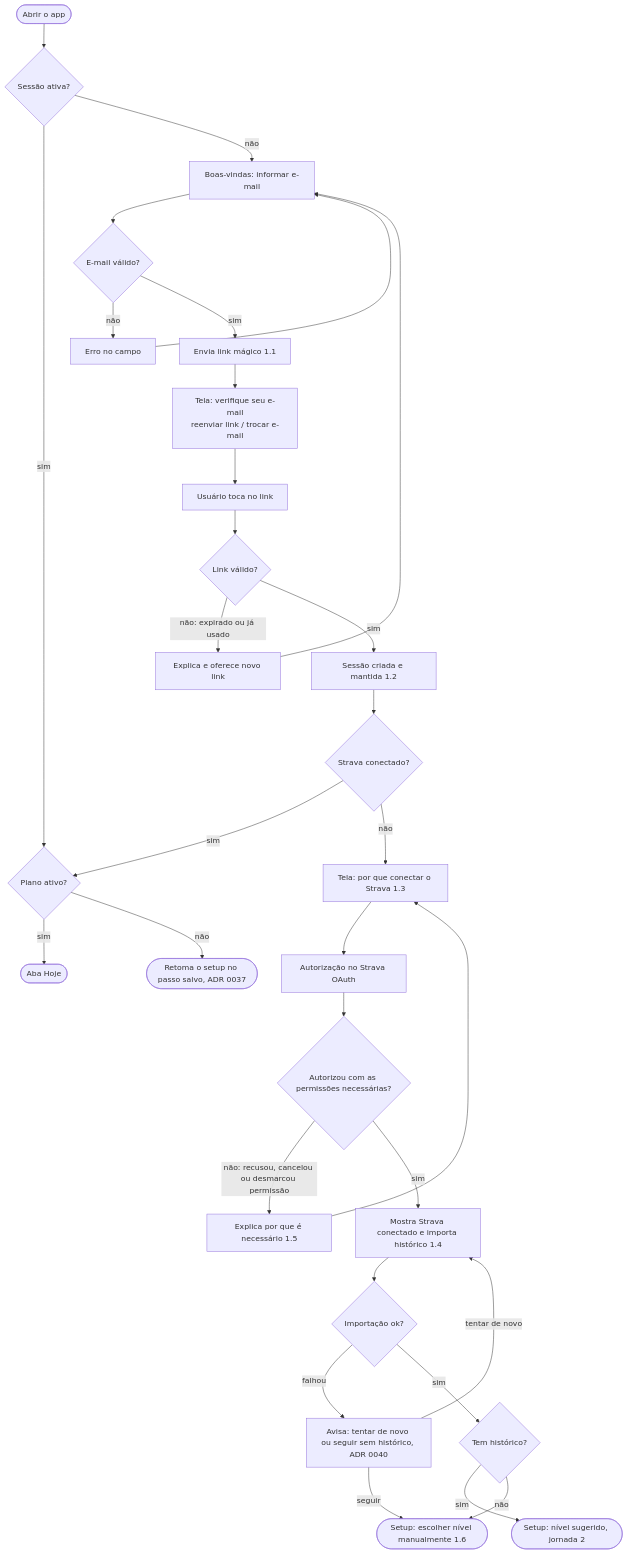
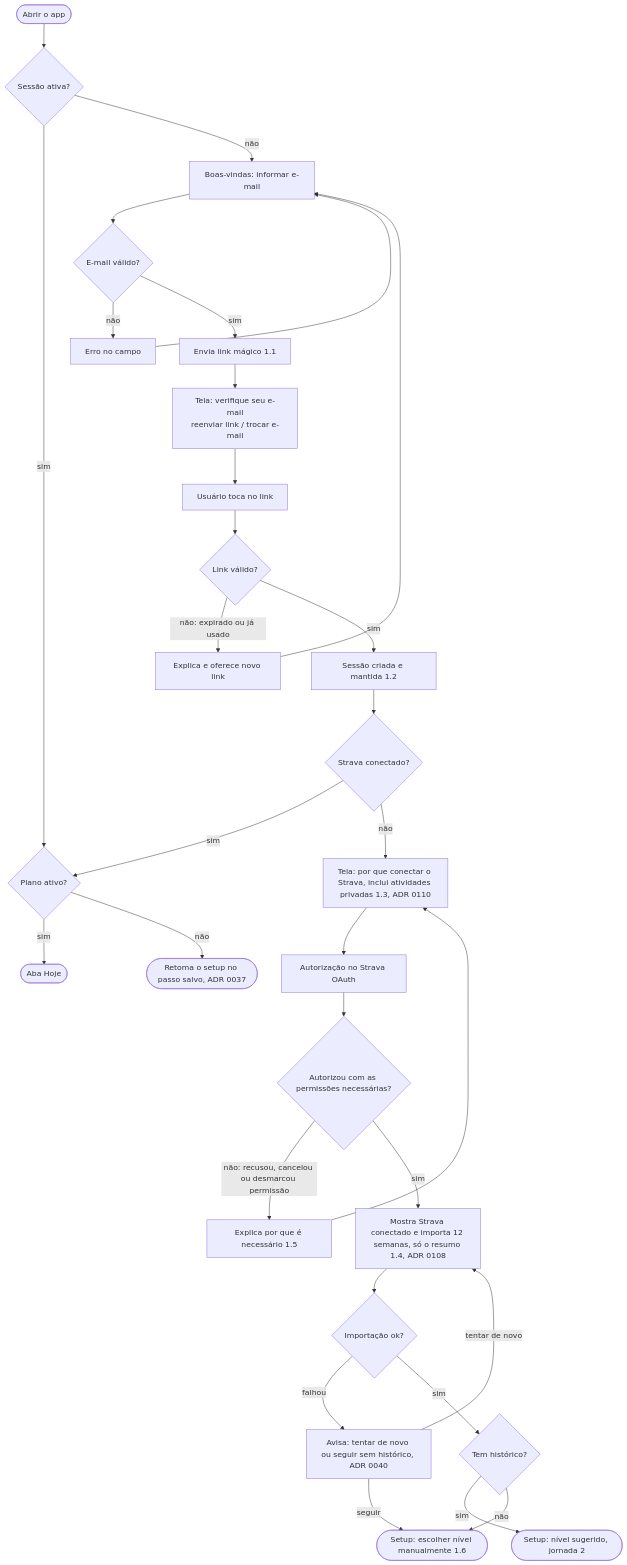
The first of 11 diagrams in docs/fluxos.md (cruzvini/app-corrida), drawn with Mermaid before and after one commit. The commit also changed other lines of this file and 12 other files, not shown here.

````diff
--- a/docs/fluxos.md
+++ b/docs/fluxos.md
@@ -7,30 +7,30 @@
 ```mermaid
 flowchart TD
   A([Abrir o app]) --> B{Sessão ativa?}
   B -- sim --> C{Plano ativo?}
   C -- sim --> HOJE([Aba Hoje])
   C -- não --> RET([Retoma o setup no passo salvo, ADR 0037])
   B -- não --> D[Boas-vindas: informar e-mail]
   D --> E{E-mail válido?}
   E -- não --> E1[Erro no campo] --> D
   E -- sim --> F[Envia link mágico 1.1]
   F --> G[Tela: verifique seu e-mail<br/>reenviar link / trocar e-mail]
   G --> H[Usuário toca no link]
   H --> I{Link válido?}
   I -- não: expirado ou já usado --> I1[Explica e oferece novo link] --> D
   I -- sim --> J[Sessão criada e mantida 1.2]
   J --> K{Strava conectado?}
   K -- sim --> C
-  K -- não --> L[Tela: por que conectar o Strava 1.3]
+  K -- não --> L[Tela: por que conectar o Strava, inclui atividades privadas 1.3, ADR 0110]
   L --> M[Autorização no Strava OAuth]
   M --> N{Autorizou com as permissões necessárias?}
   N -- não: recusou, cancelou ou desmarcou permissão --> N1[Explica por que é necessário 1.5] --> L
-  N -- sim --> O[Mostra Strava conectado e importa histórico 1.4]
+  N -- sim --> O[Mostra Strava conectado e importa 12 semanas, só o resumo 1.4, ADR 0108]
   O --> P{Importação ok?}
   P -- falhou --> P1[Avisa: tentar de novo ou seguir sem histórico, ADR 0040]
   P1 -- tentar de novo --> O
   P1 -- seguir --> S2
   P -- sim --> Q{Tem histórico?}
   Q -- sim --> S1([Setup: nível sugerido, jornada 2])
   Q -- não --> S2([Setup: escolher nível manualmente 1.6])
 ```
````
